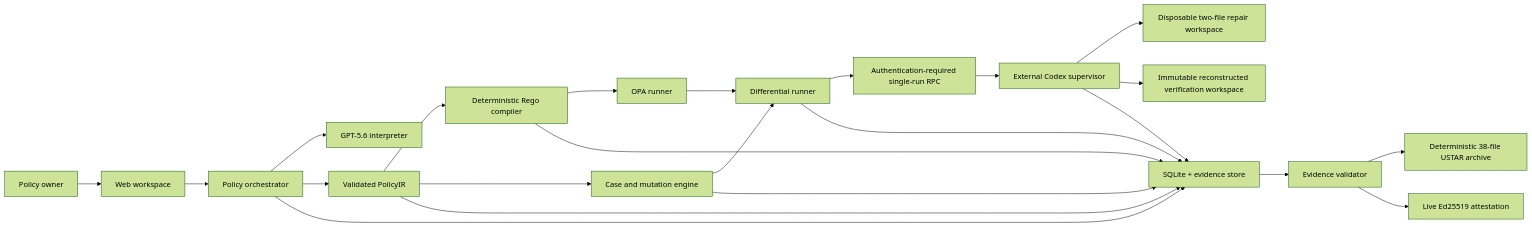
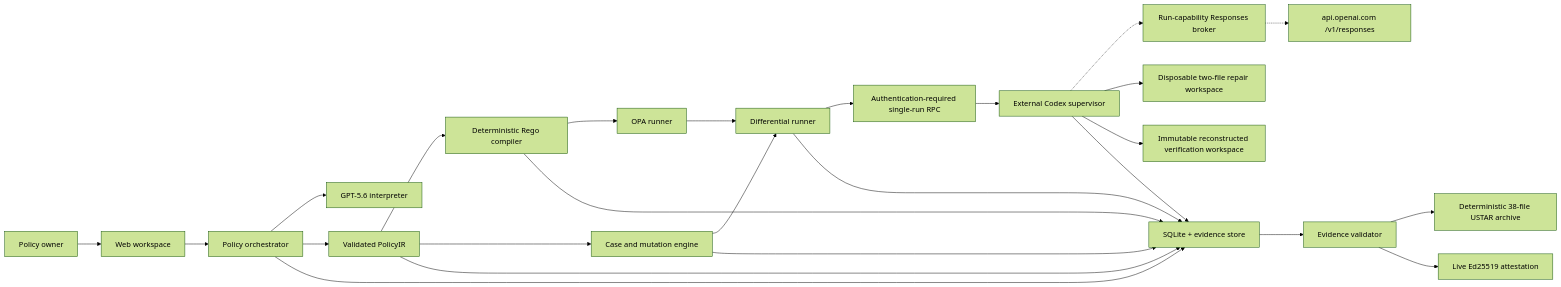
One commit to sel-chan/policytwin changed the diagram in docs/architecture.md. Above: the diagram before and after it, drawn with Mermaid (forest theme). The commit also changed other lines of this file and 38 other files, not shown here.

````diff
--- a/docs/architecture.md
+++ b/docs/architecture.md
@@ -5,25 +5,27 @@
 ```mermaid
 flowchart LR
   U["Policy owner"] --> W["Web workspace"]
   W --> O["Policy orchestrator"]
   O --> I["GPT-5.6 interpreter"]
   O --> P["Validated PolicyIR"]
   P --> C["Deterministic Rego compiler"]
   C --> R["OPA runner"]
   P --> G["Case and mutation engine"]
   G --> D["Differential runner"]
   R --> D
   D --> Q["Authentication-required single-run RPC"]
   Q --> X["External Codex supervisor"]
+  X -.-> B["Run-capability Responses broker"]
+  B -.-> API["api.openai.com /v1/responses"]
   X --> W1["Disposable two-file repair workspace"]
   X --> V["Immutable reconstructed verification workspace"]
   E --> A["Evidence validator"]
   A --> T["Deterministic 38-file USTAR archive"]
   A --> S["Live Ed25519 attestation"]
   O --> E["SQLite + evidence store"]
   P --> E
   C --> E
   G --> E
   D --> E
   X --> E
 ```
````
